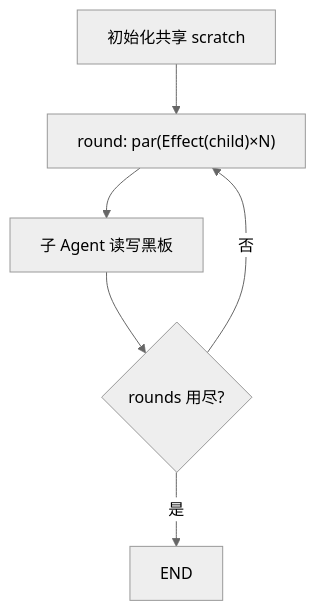
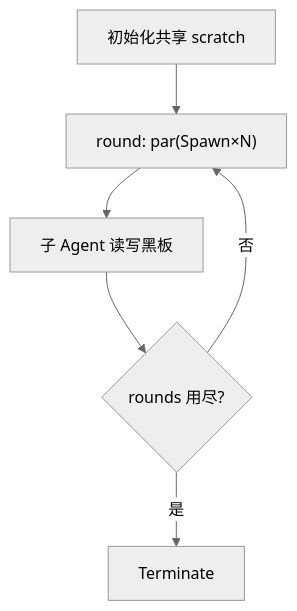
One commit to sao-lang/lll changed the tenth of 11 diagrams in docs/02-模块详设/Agent/R12-内置架构与组合.md. Above: the diagram before and after it, drawn with Mermaid (neutral theme). The commit also changed other lines of this file and 127 other files, not shown here.

````diff
--- a/docs/02-模块详设/Agent/R12-内置架构与组合.md
+++ b/docs/02-模块详设/Agent/R12-内置架构与组合.md
@@ -290,7 +290,7 @@
 ```mermaid
 flowchart TD
-    B["初始化共享 scratch"] --> P["round: par(Effect(child)×N)"]
+    B["初始化共享 scratch"] --> P["round: par(Spawn×N)"]
     P --> U["子 Agent 读写黑板"] --> D{"rounds 用尽?"}
     D -->|否| P
-    D -->|是| E["END"]
+    D -->|是| E["Terminate"]
 ```
````
